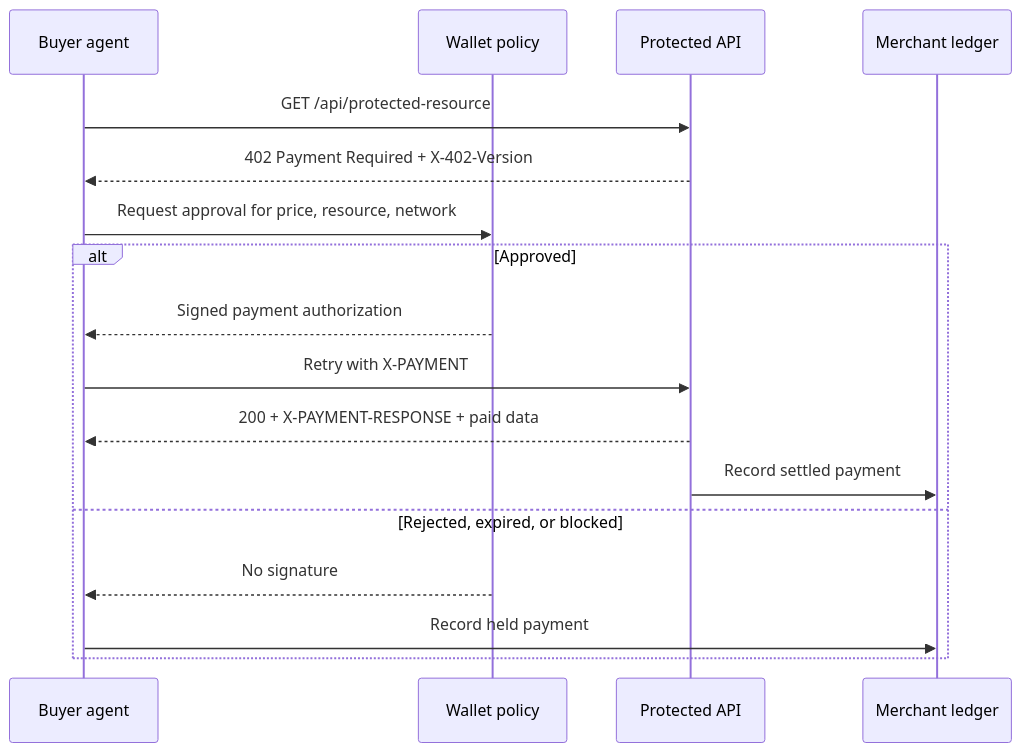
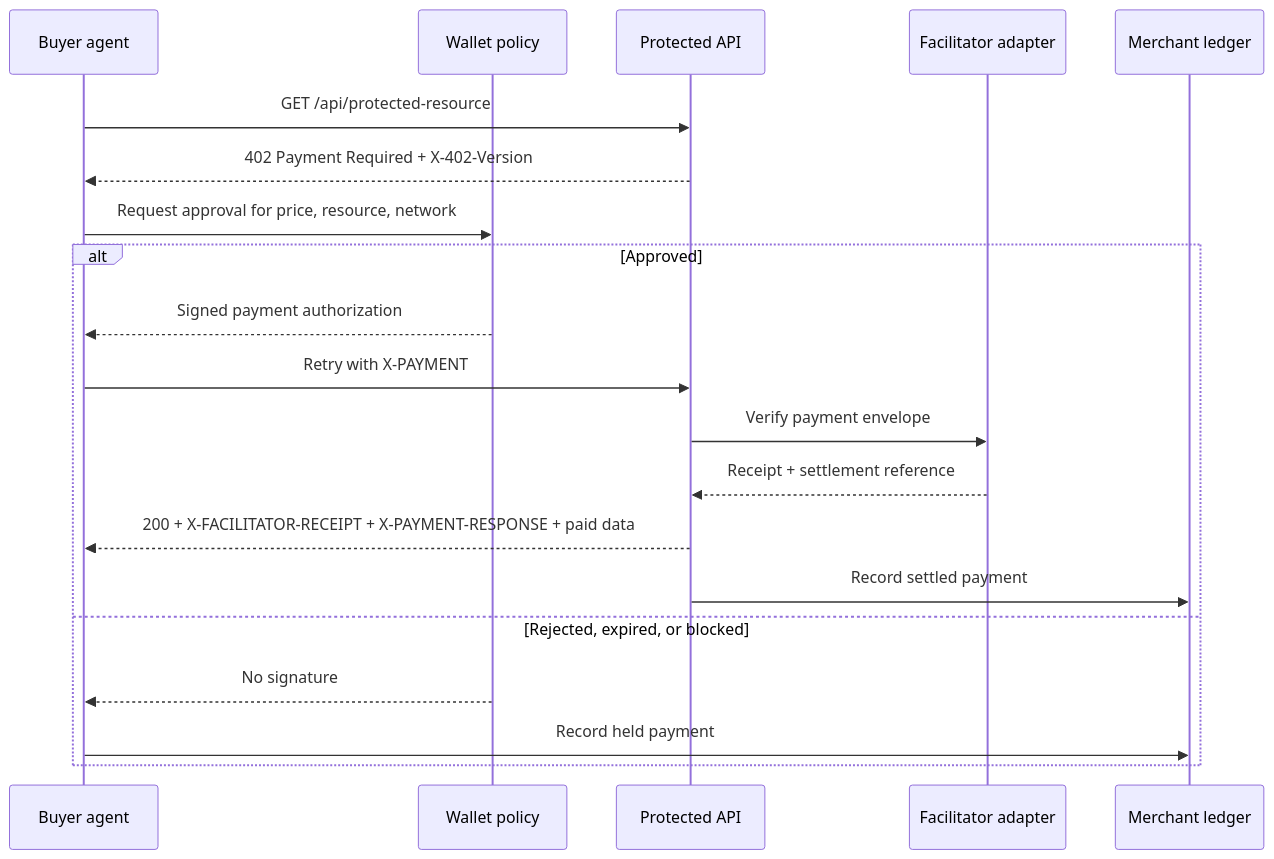
The diagram in docs/agent-payment-technical-writeup.md (yuhangxian235/agentpay-desk), drawn with Mermaid before and after one commit. The commit also changed other lines of this file and 9 other files, not shown here.

Commit message:
Add x402 facilitator adapter boundary

````diff
--- a/docs/agent-payment-technical-writeup.md
+++ b/docs/agent-payment-technical-writeup.md
@@ -29,20 +29,23 @@
 ```mermaid
 sequenceDiagram
     participant Agent as Buyer agent
     participant Policy as Wallet policy
     participant API as Protected API
+    participant Facilitator as Facilitator adapter
     participant Ledger as Merchant ledger
 
     Agent->>API: GET /api/protected-resource
     API-->>Agent: 402 Payment Required + X-402-Version
     Agent->>Policy: Request approval for price, resource, network
     alt Approved
         Policy-->>Agent: Signed payment authorization
         Agent->>API: Retry with X-PAYMENT
-        API-->>Agent: 200 + X-PAYMENT-RESPONSE + paid data
+        API->>Facilitator: Verify payment envelope
+        Facilitator-->>API: Receipt + settlement reference
+        API-->>Agent: 200 + X-FACILITATOR-RECEIPT + X-PAYMENT-RESPONSE + paid data
         API->>Ledger: Record settled payment
     else Rejected, expired, or blocked
         Policy-->>Agent: No signature
         Agent->>Ledger: Record held payment
     end
 ```
````
